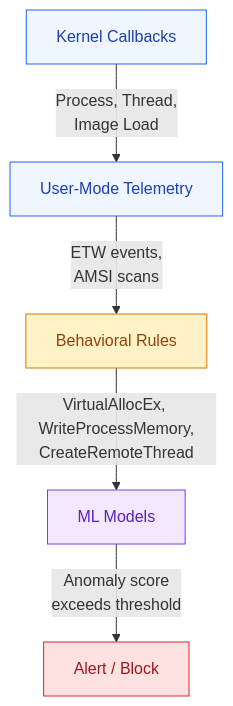
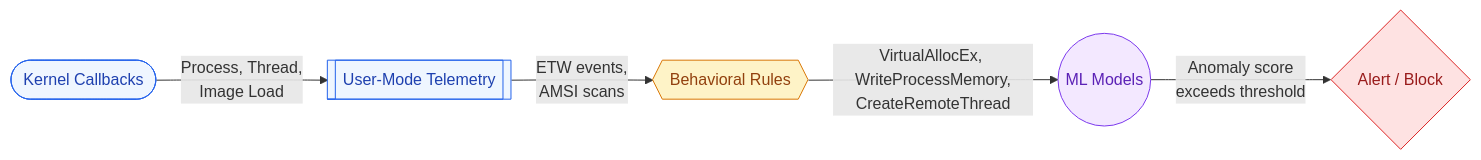
The first of 2 diagrams in docs/os/os-security.md (saivamsikaruturi/vamsilabs-dev-notes-main), drawn with Mermaid before and after one commit. The commit also changed other lines of this file and 146 other files, not shown here.

Commit message:
Horizontal diagrams, UML class diagrams, typography overhaul, and permalink cleanup

````diff
--- a/docs/os/os-security.md
+++ b/docs/os/os-security.md
@@ -43,19 +43,19 @@
 ```mermaid
-flowchart TD
-    KC["Kernel Callbacks"]
-    UM["User-Mode Telemetry"]
-    BR["Behavioral Rules"]
-    ML["ML Models"]
-    A["Alert / Block"]
+flowchart LR
+    KC(["Kernel Callbacks"])
+    UM[["User-Mode Telemetry"]]
+    BR{{"Behavioral Rules"}}
+    ML(("ML Models"))
+    A{"Alert / Block"}
 
     KC -->|"Process, Thread,\nImage Load"| UM
     UM -->|"ETW events,\nAMSI scans"| BR
     BR -->|"VirtualAllocEx, WriteProcessMemory,\nCreateRemoteThread"| ML
     ML -->|"Anomaly score\nexceeds threshold"| A
 
     style KC fill:#EFF6FF,stroke:#2563EB,color:#1E40AF
     style UM fill:#EFF6FF,stroke:#2563EB,color:#1E40AF
     style BR fill:#FEF3C7,stroke:#D97706,color:#92400E
     style ML fill:#F3E8FF,stroke:#7C3AED,color:#5B21B6
     style A fill:#FEE2E2,stroke:#DC2626,color:#991B1B
 ```
````
